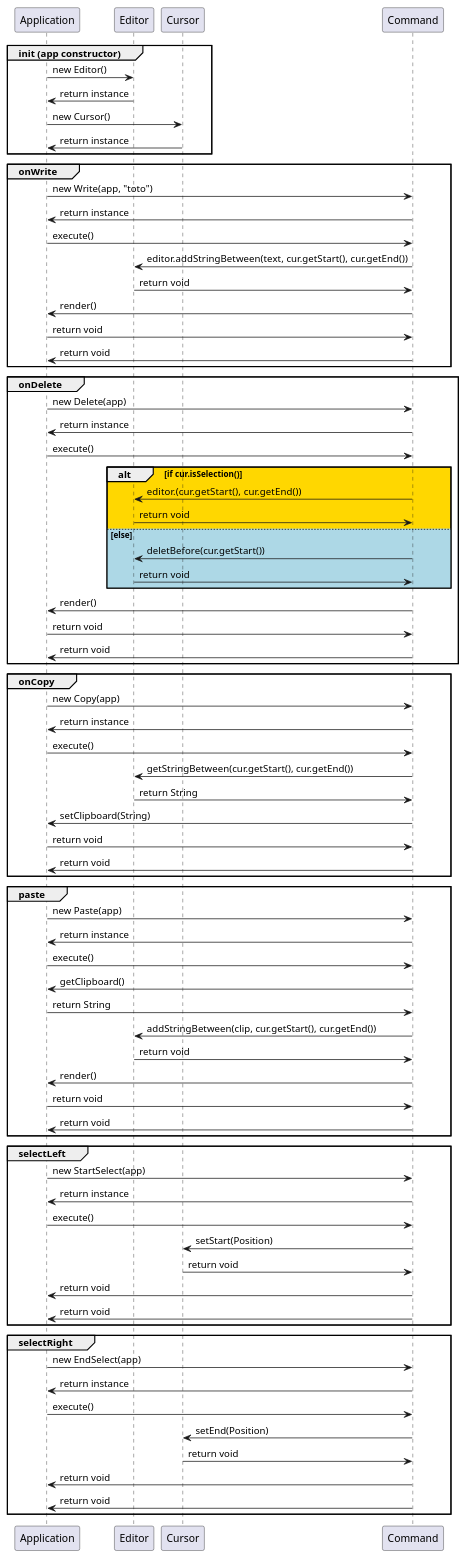
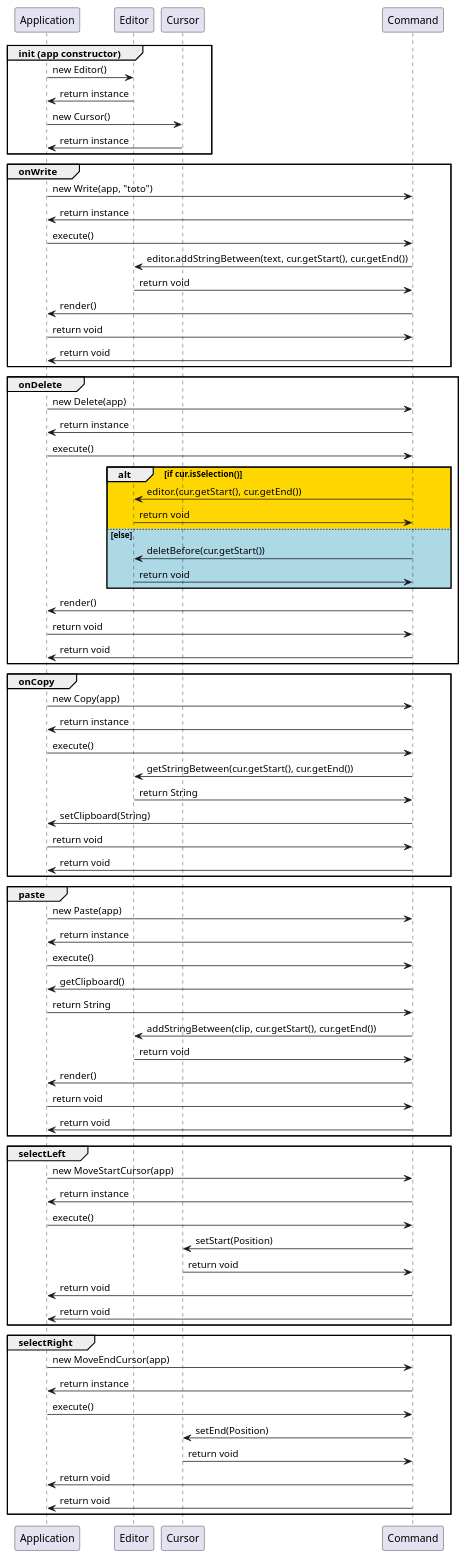
The second of 3 diagrams in README.md (CodyAdam/another-useless-text-editor), drawn with PlantUML before and after one commit. The commit also changed other lines of this file and 8 other files, not shown here.

```diff
--- a/README.md
+++ b/README.md
@@ -239,7 +239,7 @@
 end
 
 group selectLeft
-    app -> com: new StartSelect(app)
+    app -> com: new MoveStartCursor(app)
     com -> app: return instance
     app -> com: execute()
     com -> cur: setStart(Position)
@@ -249,7 +249,7 @@
 end
 
 group selectRight
-    app -> com: new EndSelect(app)
+    app -> com: new MoveEndCursor(app)
     com -> app: return instance
     app -> com: execute()
     com -> cur: setEnd(Position)
```
